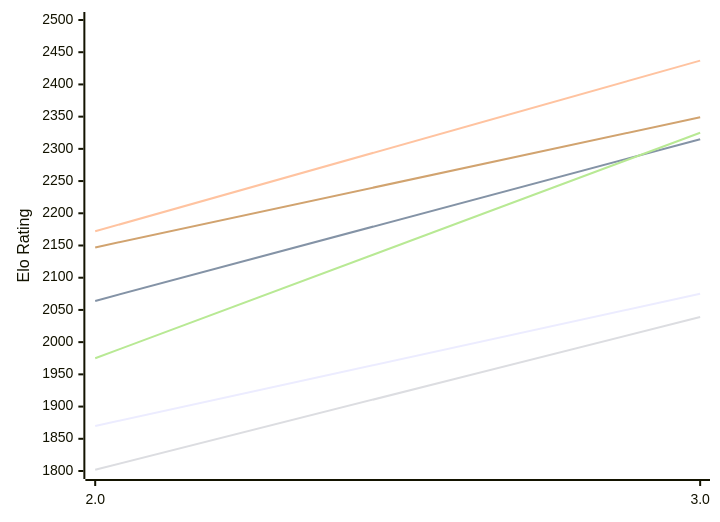
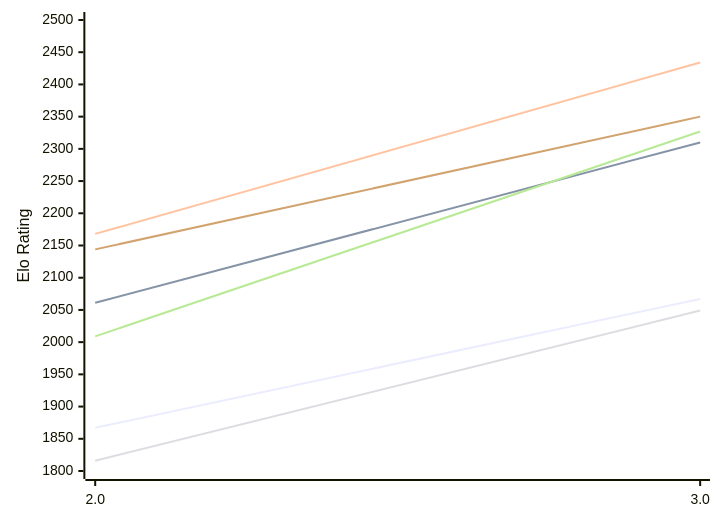
Before and after one commit to computer-chess-index/cci: the first of 2 diagrams in engines/Zeno.md, drawn with Mermaid. The commit also changed other lines of this file, not shown here.

Commit message:
Update CCI Ratings (ELO VLTC) - 2026-11-21

````diff
--- a/engines/Zeno.md
+++ b/engines/Zeno.md
@@ -50,12 +50,12 @@
 ```mermaid
 %%{init: {"theme":"base","themeVariables":{"seriesColors:['#a3a3a3','#222221','#faa371']}}}%%
 xychart-beta
   x-axis ["2.0", "3.0"]
   y-axis "Elo Rating" 1800 --> 2500
-  line "E1: STC (8.0+0.08s)" [1870, 2075]
-  line "E1: LTC (60.0+0.60s)" [2064, 2315]
-  line "E1: VLTC (2m24s+1.12s)" [2172, 2437]
-  line "P1: STC (8.0+0.08s)" [1802, 2039]
-  line "P1: LTC (60.0+0.60s)" [1975, 2325]
-  line "P1: VLTC (2m24s+1.12s)" [2147, 2349]
+  line "E1: STC (8.0+0.08s)" [1867, 2067]
+  line "E1: LTC (60.0+0.60s)" [2061, 2310]
+  line "E1: VLTC (2m24s+1.12s)" [2168, 2434]
+  line "P1: STC (8.0+0.08s)" [1816, 2049]
+  line "P1: LTC (60.0+0.60s)" [2009, 2327]
+  line "P1: VLTC (2m24s+1.12s)" [2144, 2350]
 ```
````
